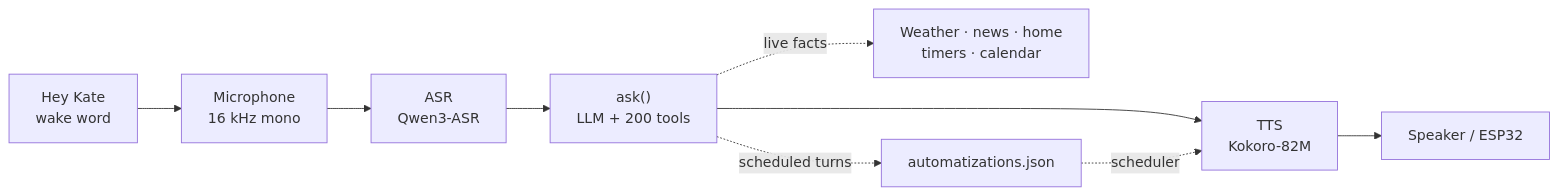
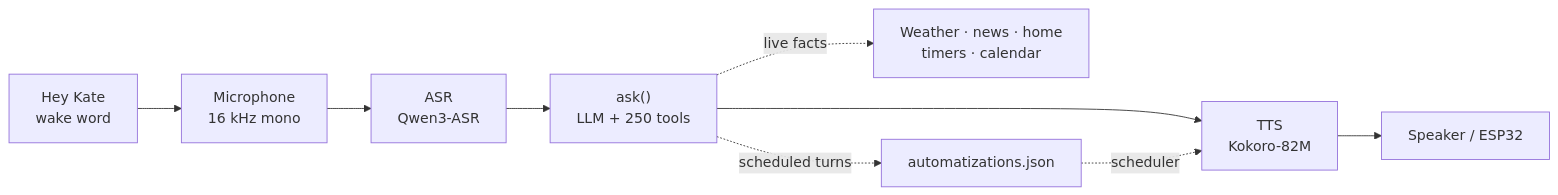
The first of 2 diagrams in README.md (conzola/kate), drawn with Mermaid before and after one commit. The commit also changed other lines of this file and 2 other files, not shown here.

First line of the commit message:
Add 50 more tools, bringing the catalog to 250

````diff
--- a/README.md
+++ b/README.md
@@ -85,11 +85,11 @@
 ```mermaid
 flowchart LR
     W["Hey Kate<br/>wake word"] --> M["Microphone<br/>16 kHz mono"]
     M --> A["ASR<br/>Qwen3-ASR"]
-    A --> L["ask()<br/>LLM + 200 tools"]
+    A --> L["ask()<br/>LLM + 250 tools"]
     L --> T["TTS<br/>Kokoro-82M"]
     T --> S["Speaker / ESP32"]
     L -. "live facts" .-> X["Weather · news · home<br/>timers · calendar"]
     L -. "scheduled turns" .-> B["automatizations.json"]
     B -. "scheduler" .-> T
 ```
````
